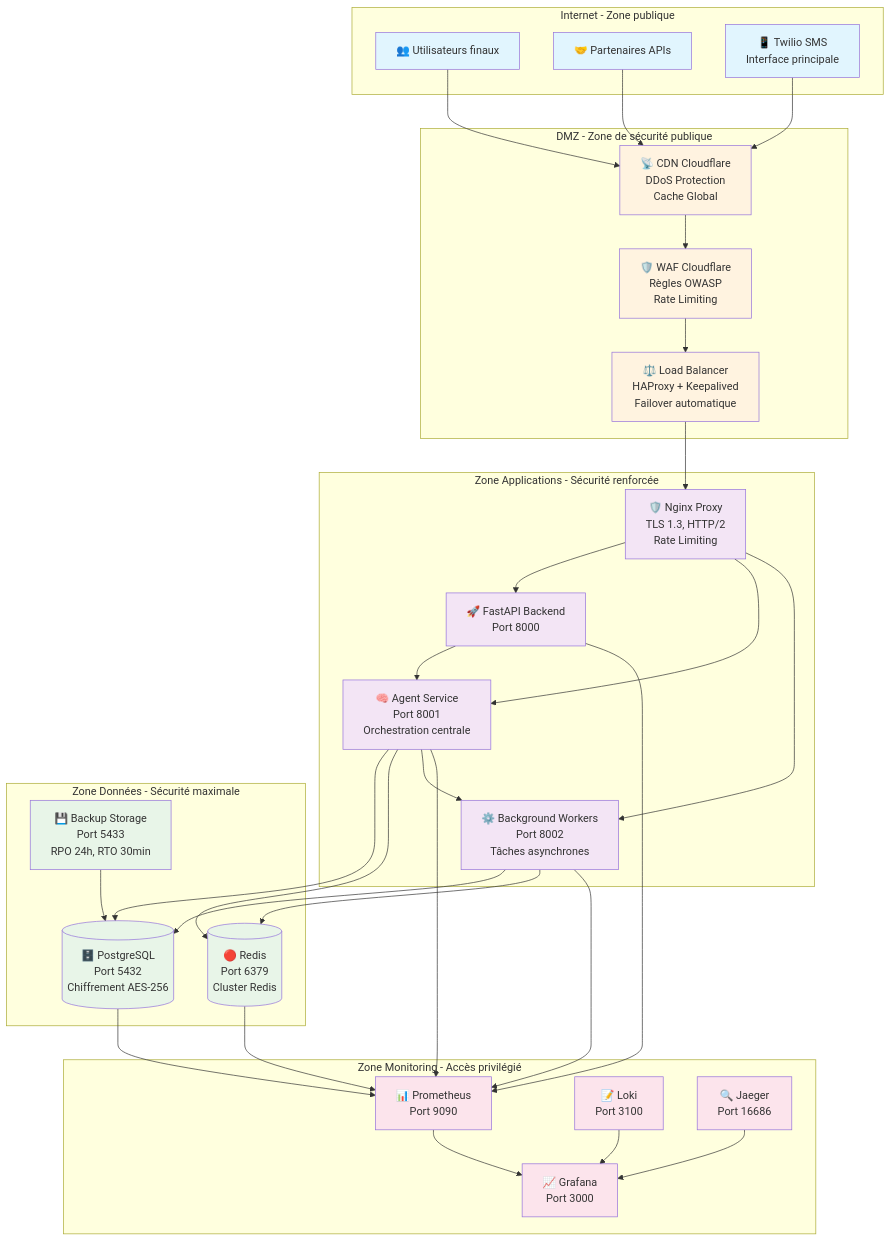
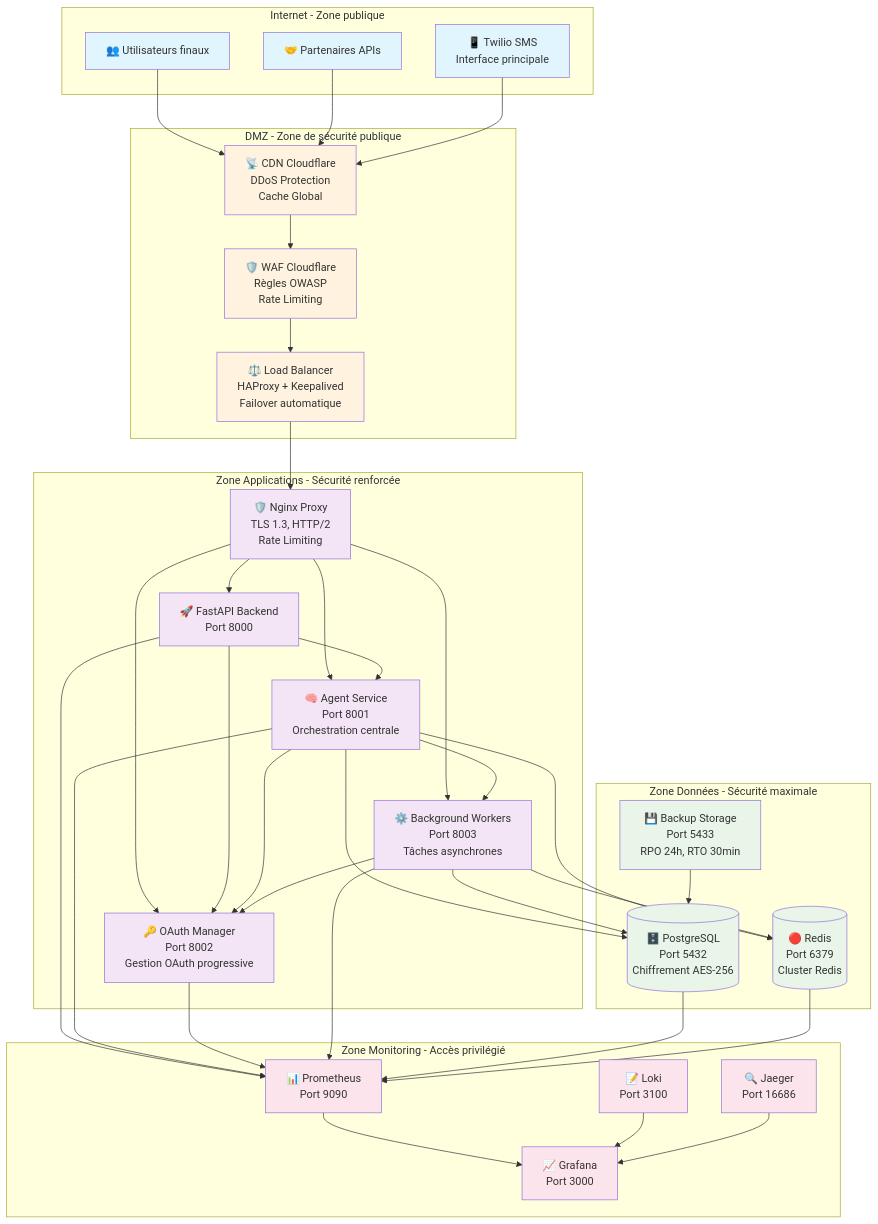
Before and after one commit to BlokusPokus/ai_assistant: the first of 6 diagrams in docs/architecture/4_MAE_components_breakdown.md, drawn with Mermaid. The commit also changed other lines of this file and 13 other files, not shown here.

First line of the commit message:
feat: Enhance Architecture Documentation for Multi-User Support and OAuth Integration

````diff
--- a/docs/architecture/4_MAE_components_breakdown.md
+++ b/docs/architecture/4_MAE_components_breakdown.md
@@ -32,7 +32,8 @@
         NGINX[🛡️ Nginx Proxy<br/>TLS 1.3, HTTP/2<br/>Rate Limiting]
         API[🚀 FastAPI Backend<br/>Port 8000]
         AGENT[🧠 Agent Service<br/>Port 8001<br/>Orchestration centrale]
-        WORKERS[⚙️ Background Workers<br/>Port 8002<br/>Tâches asynchrones]
+        OAUTH_MGR[🔑 OAuth Manager<br/>Port 8002<br/>Gestion OAuth progressive]
+        WORKERS[⚙️ Background Workers<br/>Port 8003<br/>Tâches asynchrones]
     end
 
     subgraph "Zone Données - Sécurité maximale"
@@ -60,20 +61,25 @@
     %% Routage vers applications avec isolation
     NGINX --> API
     NGINX --> AGENT
+    NGINX --> OAUTH_MGR
     NGINX --> WORKERS
 
     %% Communication inter-services (zone applications)
     API --> AGENT
+    API --> OAUTH_MGR
     AGENT --> POSTGRES
     AGENT --> REDIS
     AGENT --> WORKERS
+    AGENT --> OAUTH_MGR
 
     WORKERS --> POSTGRES
     WORKERS --> REDIS
+    WORKERS --> OAUTH_MGR
 
     %% Monitoring de tous les services
     API --> PROMETHEUS
     AGENT --> PROMETHEUS
+    OAUTH_MGR --> PROMETHEUS
     WORKERS --> PROMETHEUS
     POSTGRES --> PROMETHEUS
     REDIS --> PROMETHEUS
@@ -94,7 +100,7 @@
 
     class USERS,PARTNERS,TWILIO internet
     class CDN,WAF,LOAD_BALANCER dmz
-    class NGINX,API,AGENT,WORKERS apps
+    class NGINX,API,AGENT,OAUTH_MGR,WORKERS apps
     class POSTGRES,REDIS,BACKUP data
     class PROMETHEUS,GRAFANA,LOKI,JAEGER monitoring
 ```
````
